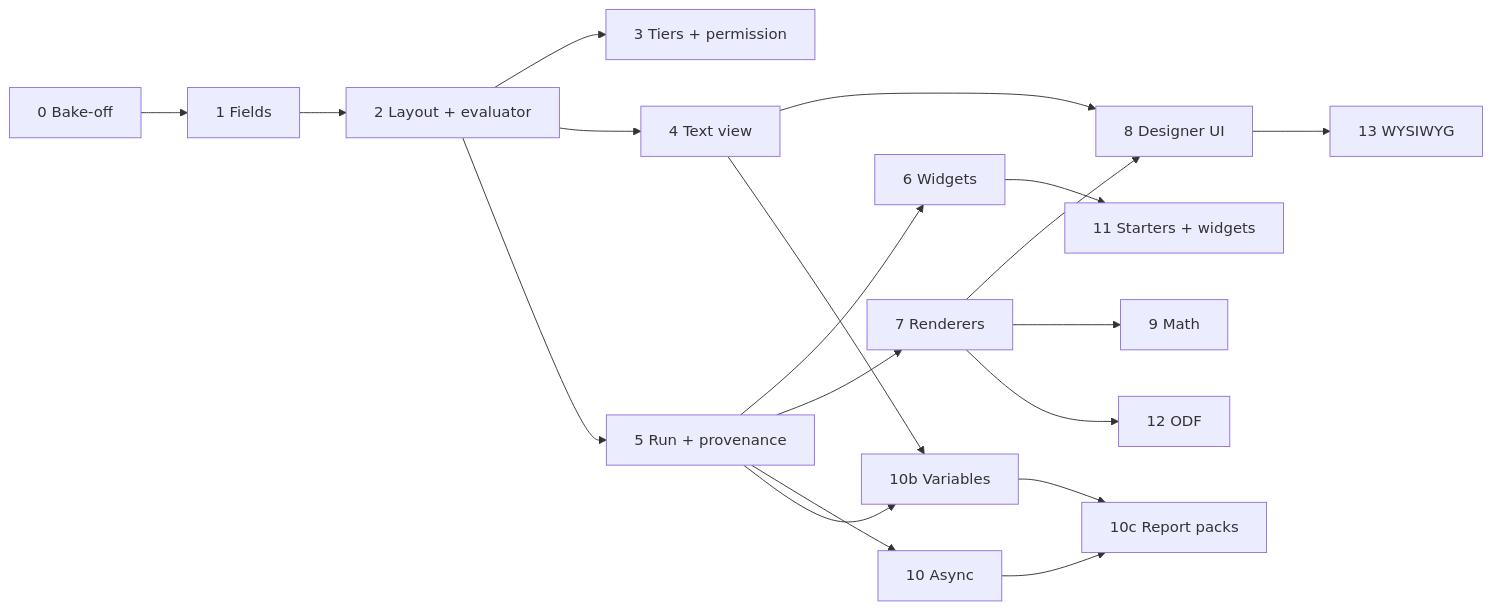
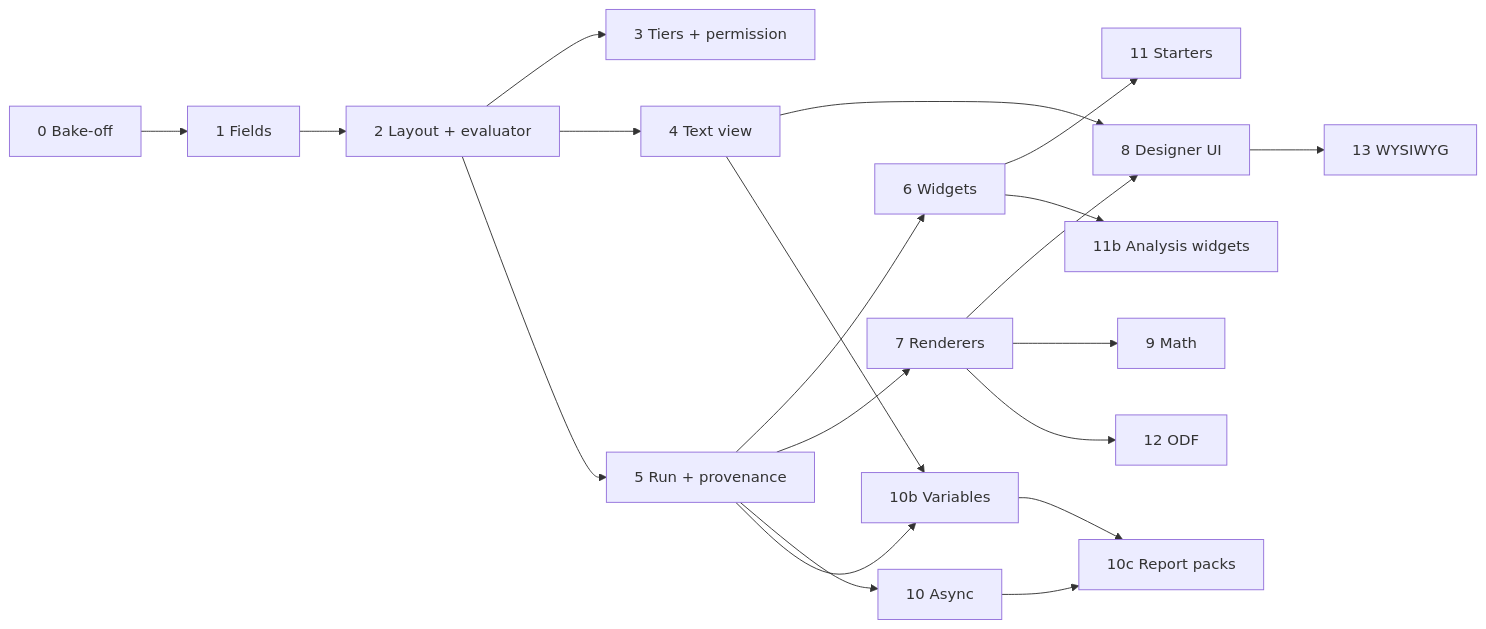
The second of 2 diagrams in docs/plans/module-10-reporting-and-analysis-plan.md (ballardr/reqtrackmanager), drawn with Mermaid before and after one commit. The commit also changed other lines of this file and 36 other files, not shown here.

````diff
--- a/docs/plans/module-10-reporting-and-analysis-plan.md
+++ b/docs/plans/module-10-reporting-and-analysis-plan.md
@@ -85,20 +86,21 @@
 ```mermaid
 flowchart LR
     P0["0 Bake-off"] --> P1["1 Fields"] --> P2["2 Layout + evaluator"]
     P2 --> P3["3 Tiers + permission"]
     P2 --> P4["4 Text view"]
     P2 --> P5["5 Run + provenance"]
     P5 --> P6["6 Widgets"]
     P5 --> P7["7 Renderers"]
     P4 --> P8["8 Designer UI"]
     P7 --> P8
     P7 --> P9["9 Math"]
     P5 --> P10["10 Async"]
     P5 --> P10b["10b Variables"]
     P4 --> P10b
     P10b --> P10c["10c Report packs"]
     P10 --> P10c
-    P6 --> P11["11 Starters + widgets"]
+    P6 --> P11["11 Starters"]
+    P6 --> P11b["11b Analysis widgets"]
     P7 --> P12["12 ODF"]
     P8 --> P13["13 WYSIWYG"]
 ```
````
